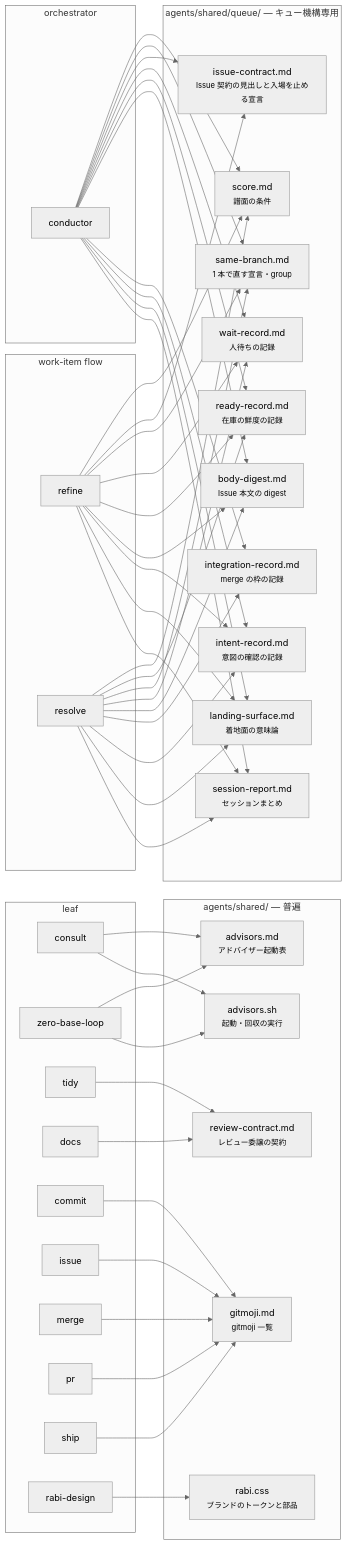
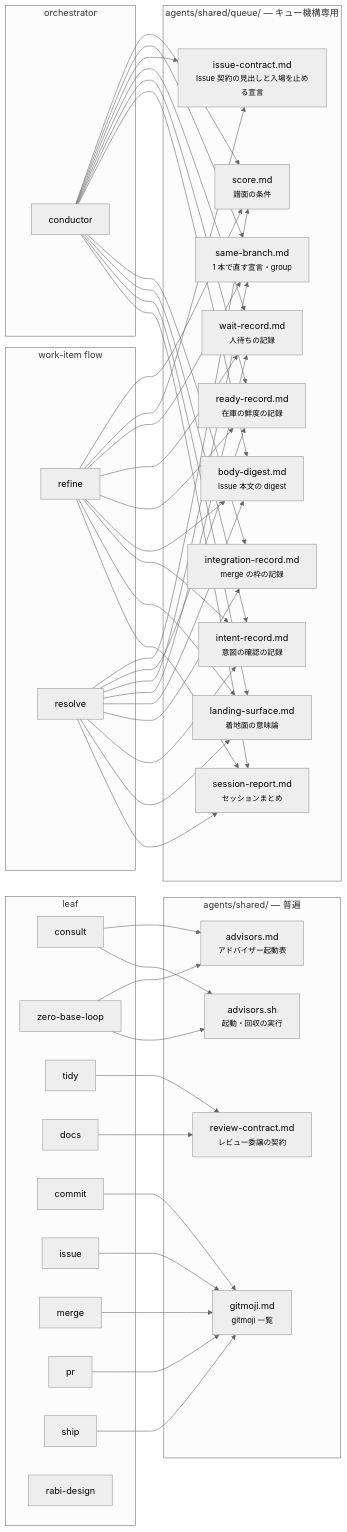
Before and after one commit to usagizmo/agentfiles: the second of 2 diagrams in agents/docs/structure.md, drawn with Mermaid (neutral theme). The commit also changed other lines of this file and 36 other files, not shown here.

````diff
--- a/agents/docs/structure.md
+++ b/agents/docs/structure.md
@@ -72,82 +72,80 @@
 ```mermaid
 flowchart LR
     subgraph orch["orchestrator"]
         CO[conductor]
     end
     subgraph flow["work-item flow"]
         RF[refine]
         RS[resolve]
     end
     subgraph leaf["leaf"]
         CS[consult]
         ZB[zero-base-loop]
         TD[tidy]
         DC[docs]
         CM[commit]
         IS[issue]
         ME[merge]
         PR[pr]
         SH[ship]
         RD[rabi-design]
     end
     subgraph shared["agents/shared/ — 普遍"]
         RC["review-contract.md<br/><small>レビュー委譲の契約</small>"]
         AD["advisors.md<br/><small>アドバイザー起動表</small>"]
         AS["advisors.sh<br/><small>起動・回収の実行</small>"]
         GM["gitmoji.md<br/><small>gitmoji 一覧</small>"]
-        RB["rabi.css<br/><small>ブランドのトークンと部品</small>"]
     end
     subgraph sharedq["agents/shared/queue/ — キュー機構専用"]
         SB["same-branch.md<br/><small>1 本で直す宣言・group</small>"]
         IC["issue-contract.md<br/><small>Issue 契約の見出しと入場を止める宣言</small>"]
         WR["wait-record.md<br/><small>人待ちの記録</small>"]
         RR["ready-record.md<br/><small>在庫の鮮度の記録</small>"]
         BD["body-digest.md<br/><small>Issue 本文の digest</small>"]
         AF["score.md<br/><small>譜面の条件</small>"]
         IR["integration-record.md<br/><small>merge の枠の記録</small>"]
         IT["intent-record.md<br/><small>意図の確認の記録</small>"]
         LS["landing-surface.md<br/><small>着地面の意味論</small>"]
         SR["session-report.md<br/><small>セッションまとめ</small>"]
     end
 
     RF --> AF
     RS --> AF
     CO --> AF
     CO --> SB
     CO --> IC
     RF --> IC
     CO --> WR
     CO --> RR
     CO --> BD
     RF --> SB
     RF --> WR
     RF --> RR
     RS --> RR
     ME --> GM
     RF --> BD
     RS --> SB
     RS --> WR
     RS --> BD
     CO --> IR
     RS --> IR
     CO --> IT
     RS --> IT
     RF --> IT
     CO --> LS
     RF --> LS
     RS --> LS
     CO --> SR
     RS --> SR
     RF --> SR
     CS --> AD
     CS --> AS
     ZB --> AD
     ZB --> AS
     TD --> RC
     DC --> RC
     CM --> GM
     IS --> GM
     PR --> GM
     SH --> GM
-    RD --> RB
 ```
````
